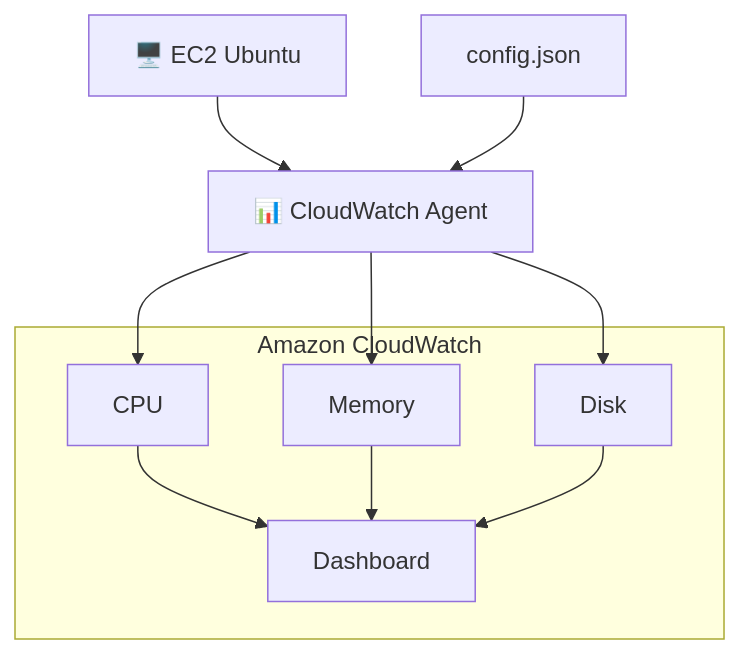
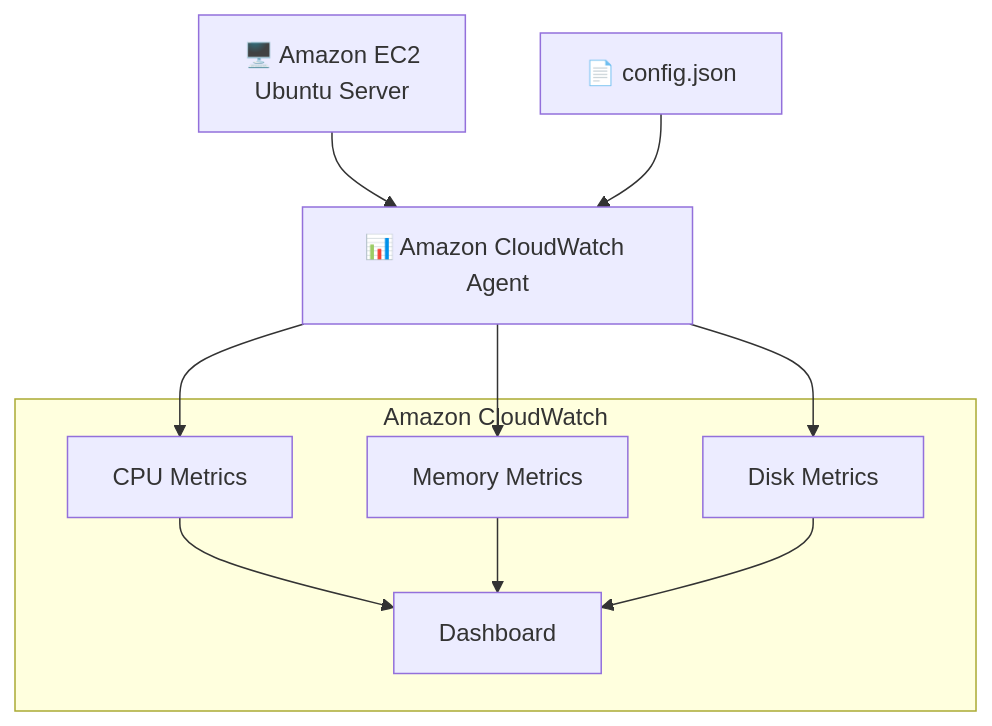
Before and after one commit to itamarsb/aws-cloud-engineering-lab: the diagram in labs/02-ec2-monitoring-with-cloudwatch-agent/README.md, drawn with Mermaid.

````diff
--- a/labs/02-ec2-monitoring-with-cloudwatch-agent/README.md
+++ b/labs/02-ec2-monitoring-with-cloudwatch-agent/README.md
@@ -33,27 +33,37 @@
 ```mermaid
-
 flowchart TB
 
-    EC2["🖥️ EC2 Ubuntu"]
+    EC2["🖥️ Amazon EC2<br/>Ubuntu Server"]
 
-    Agent["📊 CloudWatch Agent"]
+    Config["📄 config.json"]
 
-    Config["config.json"]
+    Agent["📊 Amazon CloudWatch Agent"]
 
     subgraph CW["Amazon CloudWatch"]
-        CPU["CPU"]
-        Memory["Memory"]
-        Disk["Disk"]
+
+        CPU["CPU Metrics"]
+
+        Memory["Memory Metrics"]
+
+        Disk["Disk Metrics"]
+
         Dashboard["Dashboard"]
+
     end
 
     EC2 --> Agent
+
     Config --> Agent
+
     Agent --> CPU
+
     Agent --> Memory
+
     Agent --> Disk
+
     CPU --> Dashboard
+
     Memory --> Dashboard
+
     Disk --> Dashboard
-
 ```
````
